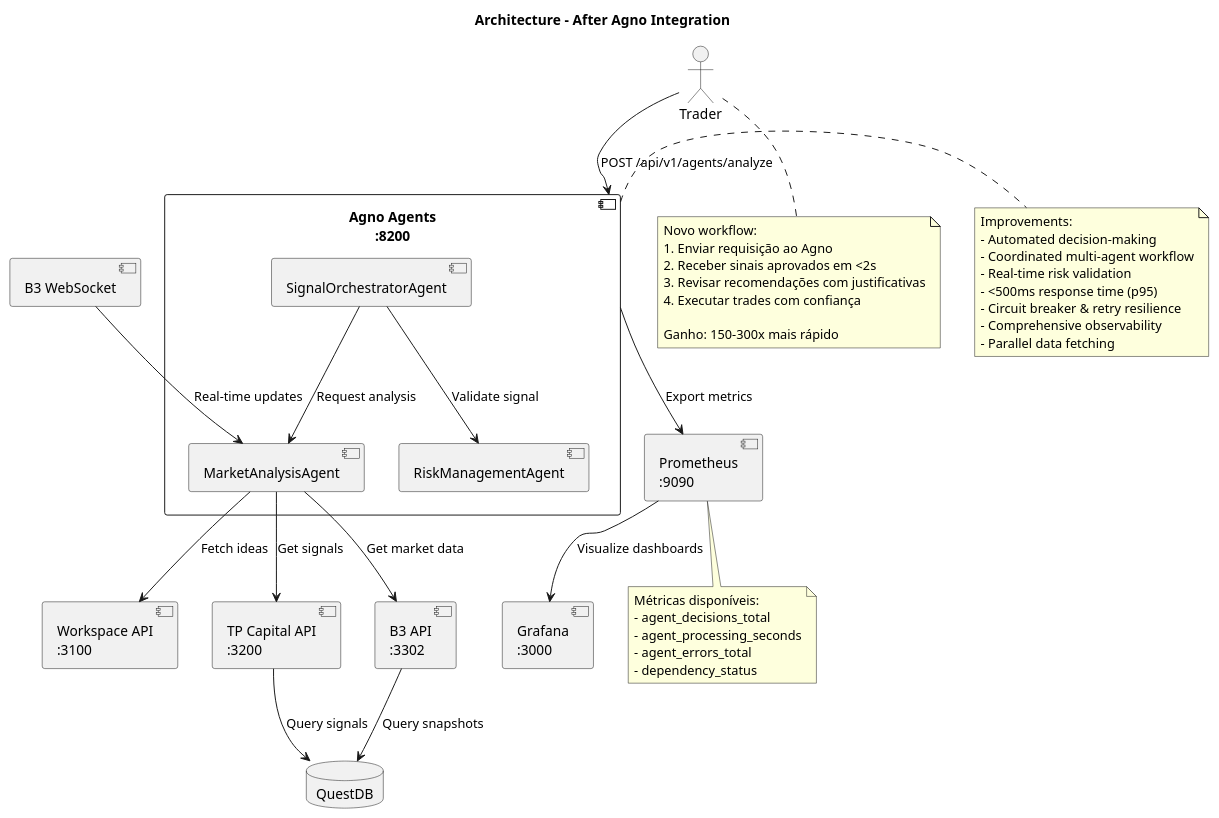
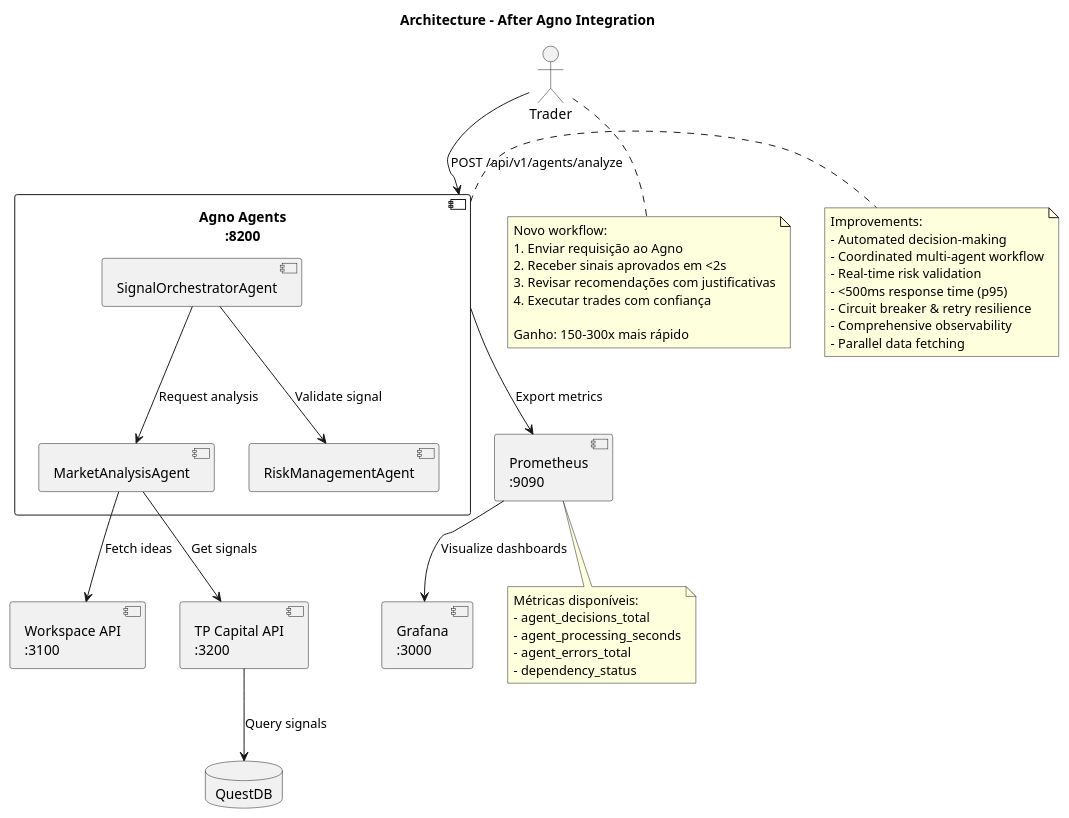
One commit to marceloterra1983/TradingSystem changed the diagram in docs/content/assets/diagrams/source/adr/adr-0002-after-architecture.puml. Above: the diagram before and after it, drawn with PlantUML. The commit also changed 870 other files, not shown here.

```diff
--- a/docs/content/assets/diagrams/source/adr/adr-0002-after-architecture.puml
+++ b/docs/content/assets/diagrams/source/adr/adr-0002-after-architecture.puml
@@ -1,59 +1,54 @@
 @startuml
 title Architecture - After Agno Integration
 
 actor Trader
 component "Agno Agents\n:8200" as Agno {
   component "MarketAnalysisAgent" as Market
   component "RiskManagementAgent" as Risk
   component "SignalOrchestratorAgent" as Orchestrator
 }
 component "Workspace API\n:3100" as Workspace
 component "TP Capital API\n:3200" as TPCapital
-component "B3 API\n:3302" as B3
-component "B3 WebSocket" as B3WS
 database "QuestDB" as QuestDB
 component "Prometheus\n:9090" as Prometheus
 component "Grafana\n:3000" as Grafana
 
 Trader --> Agno : POST /api/v1/agents/analyze
 Orchestrator --> Market : Request analysis
 Orchestrator --> Risk : Validate signal
 Market --> Workspace : Fetch ideas
 Market --> TPCapital : Get signals
-Market --> B3 : Get market data
-B3WS --> Market : Real-time updates
-B3 --> QuestDB : Query snapshots
 TPCapital --> QuestDB : Query signals
 Agno --> Prometheus : Export metrics
 Prometheus --> Grafana : Visualize dashboards
 
 note right of Agno
   Improvements:
   - Automated decision-making
   - Coordinated multi-agent workflow
   - Real-time risk validation
   - <500ms response time (p95)
   - Circuit breaker & retry resilience
   - Comprehensive observability
   - Parallel data fetching
 end note
 
 note bottom of Trader
   Novo workflow:
   1. Enviar requisição ao Agno
   2. Receber sinais aprovados em <2s
   3. Revisar recomendações com justificativas
   4. Executar trades com confiança
 
   Ganho: 150-300x mais rápido
 end note
 
 note bottom of Prometheus
   Métricas disponíveis:
   - agent_decisions_total
   - agent_processing_seconds
   - agent_errors_total
   - dependency_status
 end note
 
 @enduml
```
